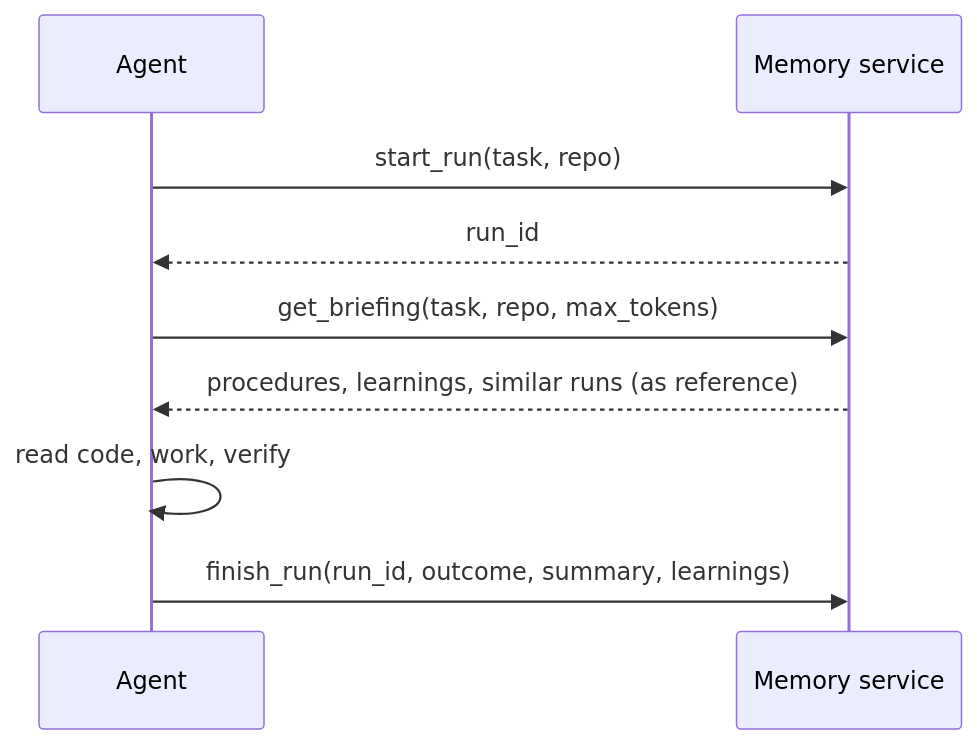
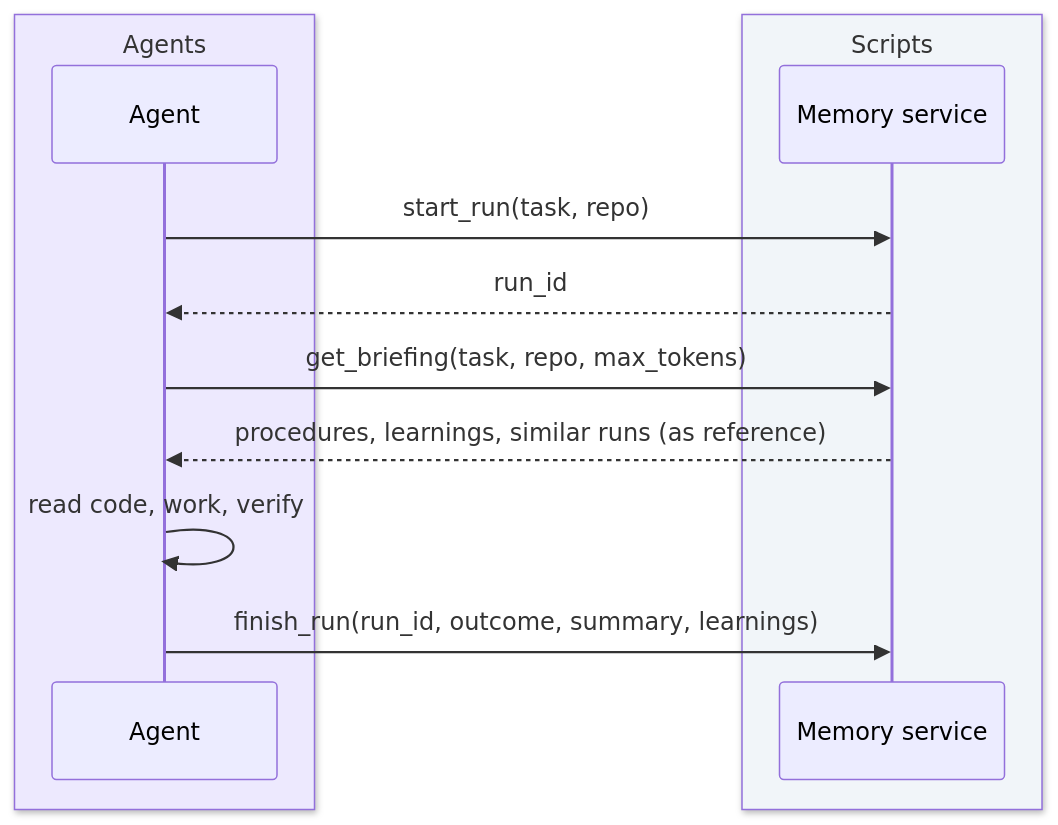
One commit to icelink-ai/software-factory-manifesto changed the diagram in docs/07-memory-and-context/briefing-and-reflection.md. Above: the diagram before and after it, drawn with Mermaid. The commit also changed other lines of this file and 73 other files, not shown here.

````diff
--- a/docs/07-memory-and-context/briefing-and-reflection.md
+++ b/docs/07-memory-and-context/briefing-and-reflection.md
@@ -29,11 +40,15 @@
 ```mermaid
 sequenceDiagram
-    participant A as Agent
-    participant M as Memory service
+    box rgb(237,233,254) Agents
+        participant A as Agent
+    end
+    box rgb(241,245,249) Scripts
+        participant M as Memory service
+    end
     A->>M: start_run(task, repo)
     M-->>A: run_id
     A->>M: get_briefing(task, repo, max_tokens)
     M-->>A: procedures, learnings, similar runs (as reference)
     A->>A: read code, work, verify
     A->>M: finish_run(run_id, outcome, summary, learnings)
 ```
````
